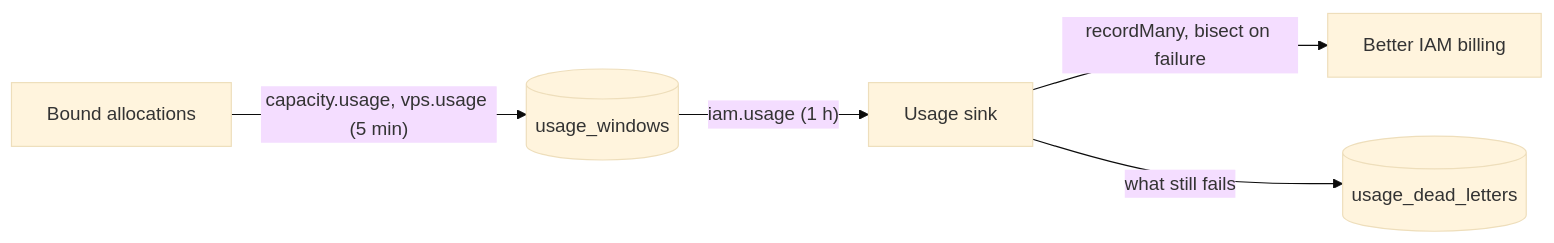
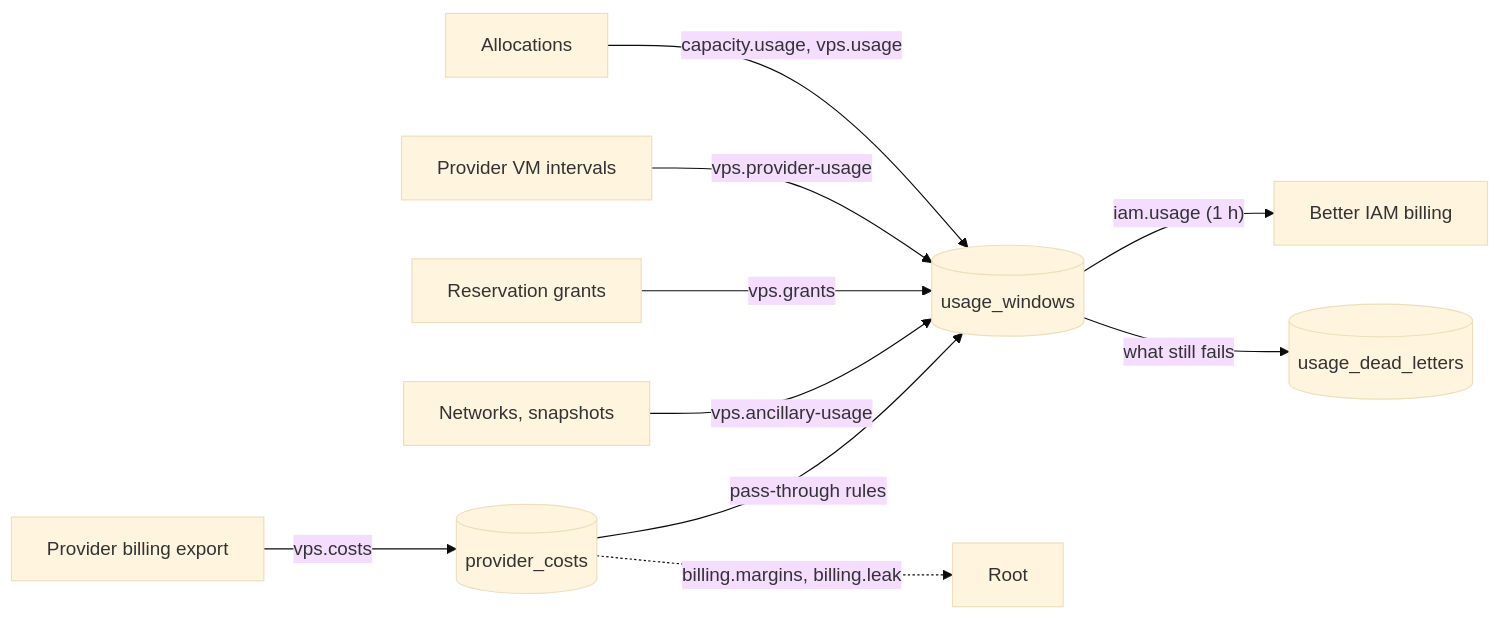
One commit to Better-Compute/better-compute changed the first of 2 diagrams in apps/docs/content/docs/guides/iam/billing-and-usage.mdx. Above: the diagram before and after it, drawn with Mermaid (base theme). The commit also changed other lines of this file and 6 other files, not shown here.

````diff
--- a/apps/docs/content/docs/guides/iam/billing-and-usage.mdx
+++ b/apps/docs/content/docs/guides/iam/billing-and-usage.mdx
@@ -31,7 +52,12 @@
 ```mermaid
 flowchart LR
-  Alloc["Bound allocations"] -- "capacity.usage, vps.usage (5 min)" --> Windows[("usage_windows")]
-  Windows -- "iam.usage (1 h)" --> Sink["Usage sink"]
-  Sink -- "recordMany, bisect on failure" --> Ledger["Better IAM billing"]
-  Sink -- "what still fails" --> Dead[("usage_dead_letters")]
+  Alloc["Allocations"] -- "capacity.usage, vps.usage" --> Windows[("usage_windows")]
+  Intervals["Provider VM intervals"] -- "vps.provider-usage" --> Windows
+  Grants["Reservation grants"] -- "vps.grants" --> Windows
+  Nets["Networks, snapshots"] -- "vps.ancillary-usage" --> Windows
+  Export["Provider billing export"] -- "vps.costs" --> Costs[("provider_costs")]
+  Costs -- "pass-through rules" --> Windows
+  Windows -- "iam.usage (1 h)" --> Ledger["Better IAM billing"]
+  Windows -- "what still fails" --> Dead[("usage_dead_letters")]
+  Costs -. "billing.margins, billing.leak" .-> Root["Root"]
 ```
````
